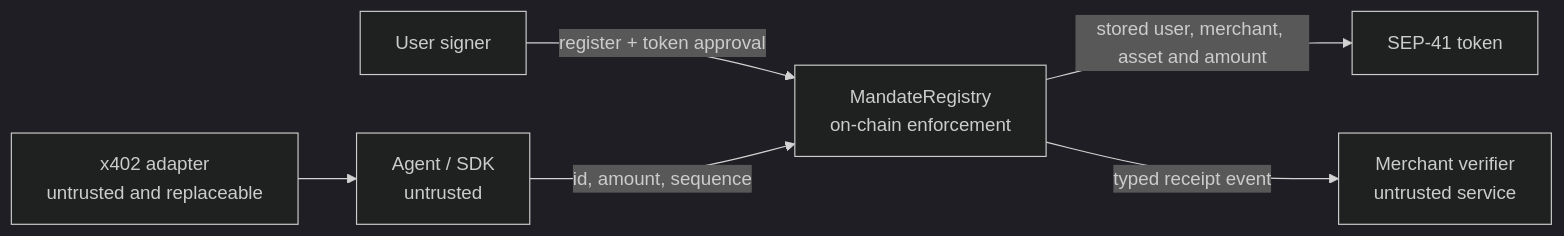
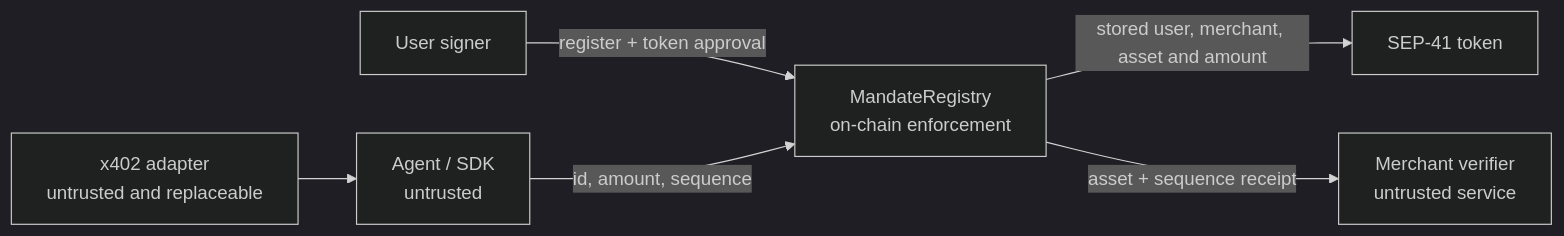
Before and after one commit to ackrate/ackrate-protocol-contracts: the third of 6 diagrams in contracts/mainnet-v2/README.md, drawn with Mermaid (dark theme). The commit also changed other lines of this file and 60 other files, not shown here.

````diff
--- a/contracts/mainnet-v2/README.md
+++ b/contracts/mainnet-v2/README.md
@@ -164,8 +171,8 @@
 ```mermaid
 flowchart LR
     U["User signer"] -->|"register + token approval"| R["MandateRegistry\non-chain enforcement"]
     A["Agent / SDK\nuntrusted"] -->|"id, amount, sequence"| R
     X["x402 adapter\nuntrusted and replaceable"] --> A
     R -->|"stored user, merchant, asset and amount"| T["SEP-41 token"]
-    R -->|"typed receipt event"| M["Merchant verifier\nuntrusted service"]
+    R -->|"asset + sequence receipt"| M["Merchant verifier\nuntrusted service"]
 ```
````
